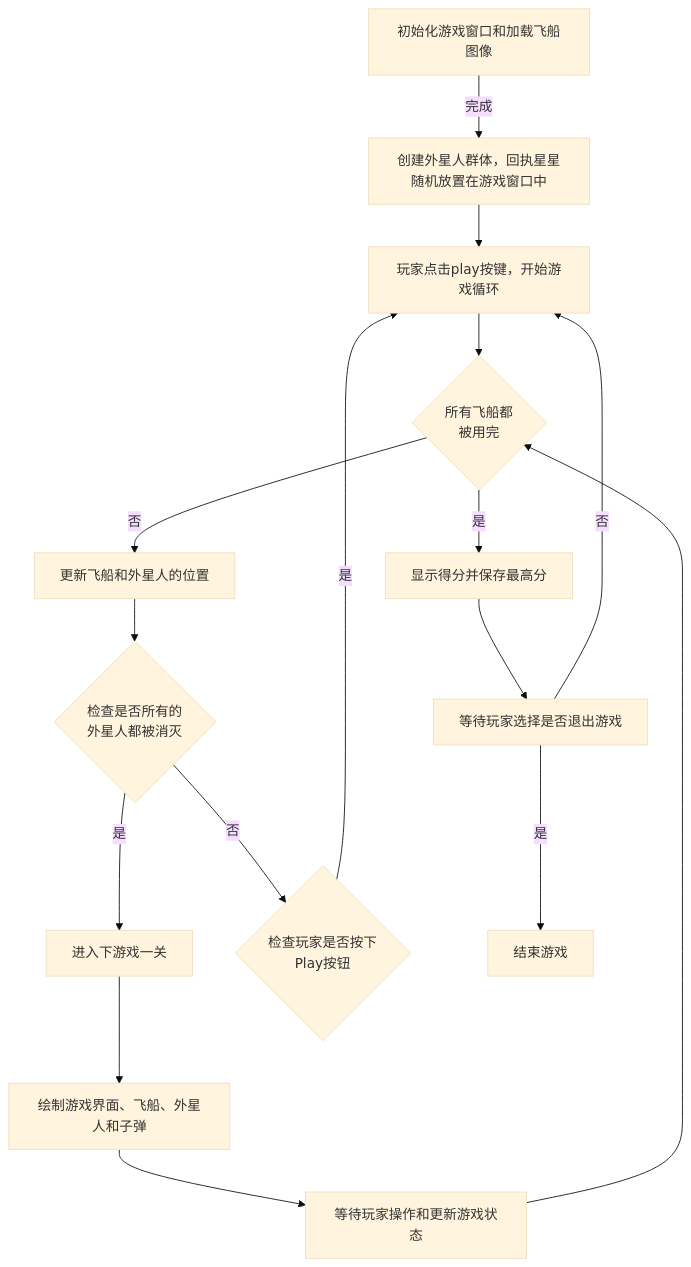
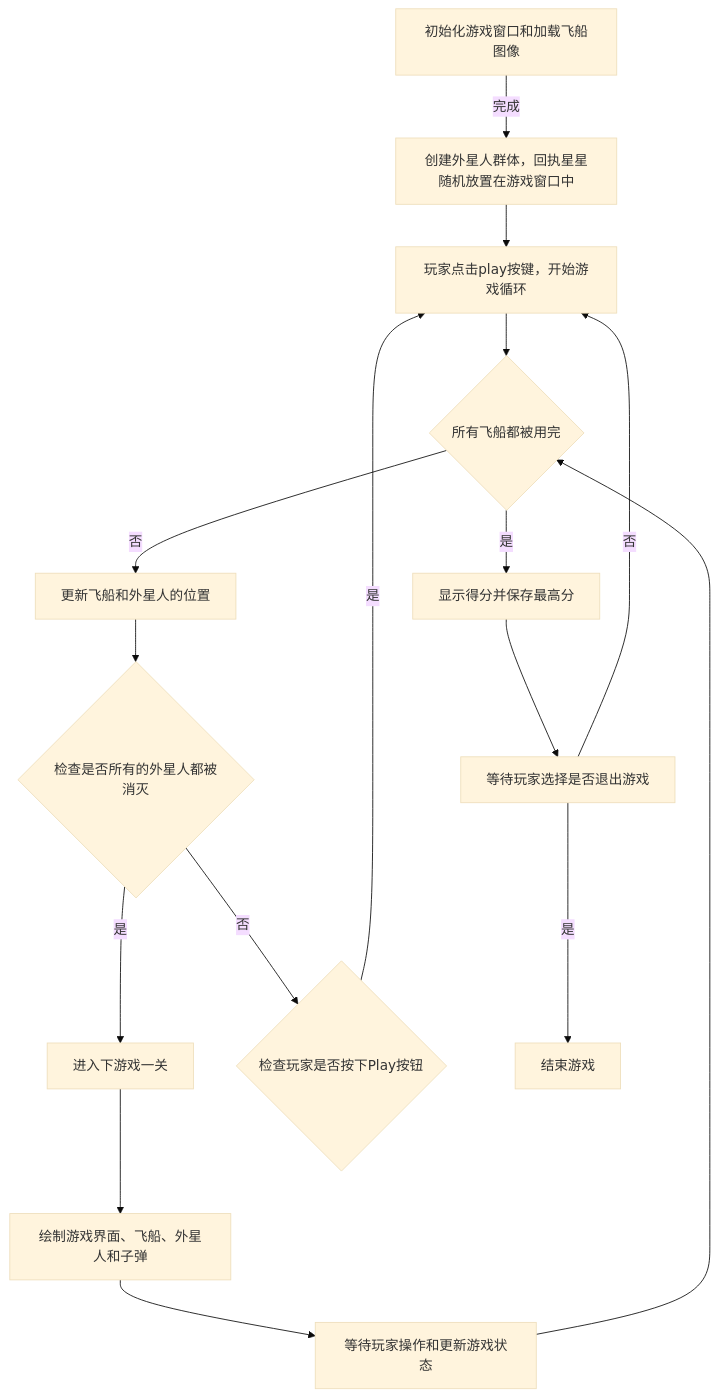
The diagram in Projects/project_report.md (shixiaoxiya/py_course_zly_), drawn with Mermaid (base theme) before and after one commit.

````diff
--- a/Projects/project_report.md
+++ b/Projects/project_report.md
@@ -71,21 +71,18 @@
 ```mermaid
 graph TD
     A[初始化游戏窗口和加载飞船图像] -->|完成| B[创建外星人群体，回执星星随机放置在游戏窗口中]
     B --> C[玩家点击play按键，开始游戏循环]
-    C --> D{所有飞船都
-    被用完}
+    C --> D{所有飞船都被用完}
     D --否--> E[更新飞船和外星人的位置]
-    E --> F{检查是否所有的
-    外星人都被消灭}
+    E --> F{检查是否所有的外星人都被消灭}
     F --是--> G[进入下游戏一关]
-    F --否--> H{检查玩家是否按下
-    Play按钮}
+    F --否--> H{检查玩家是否按下Play按钮}
     H --是--> C
     G --> I[绘制游戏界面、飞船、外星人和子弹]
     I --> J[等待玩家操作和更新游戏状态]
     J --> D
     D --是--> K[显示得分并保存最高分]
     K --> L[等待玩家选择是否退出游戏]
     L -->|是| M[结束游戏]
     L -->|否| C
 ```
````
